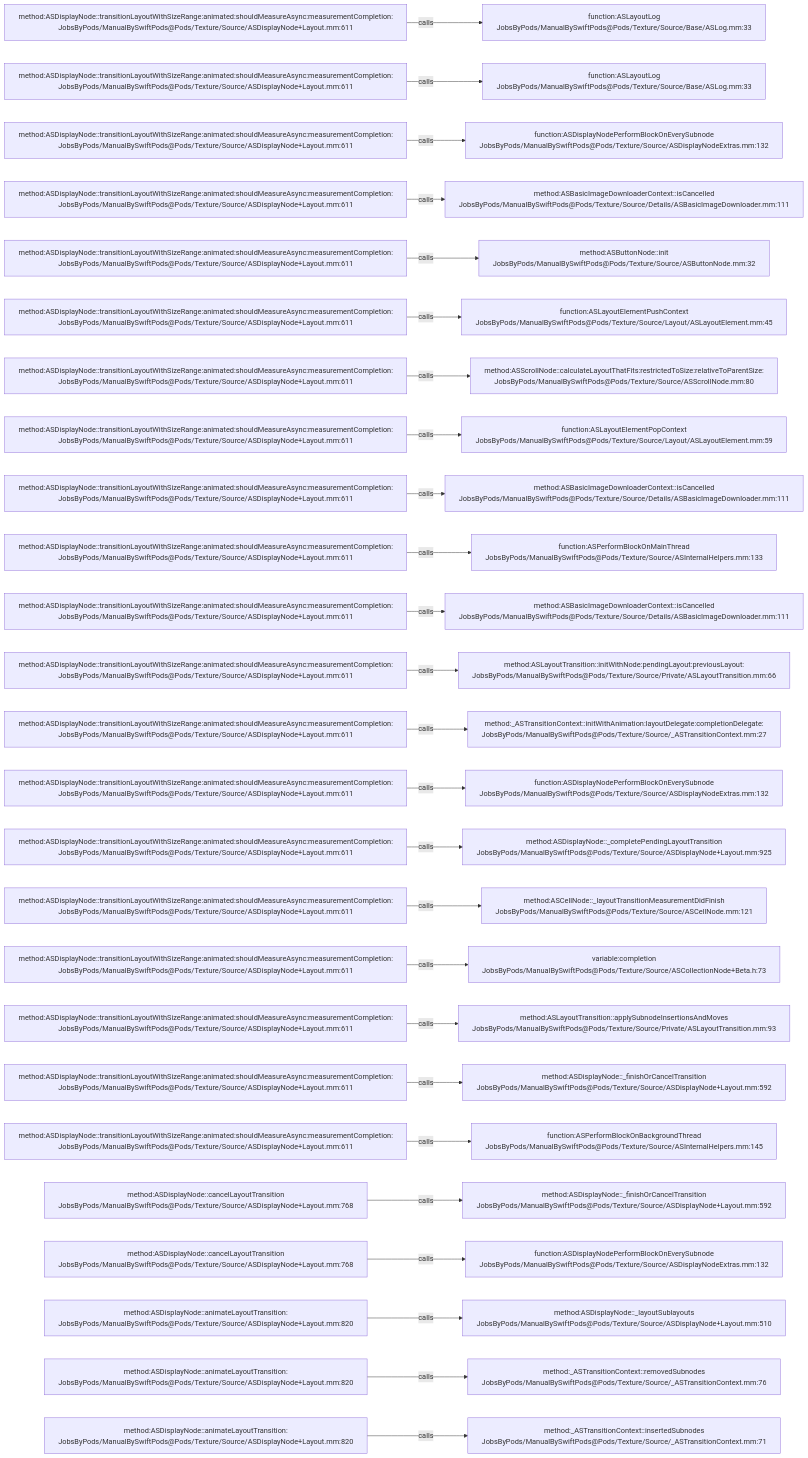
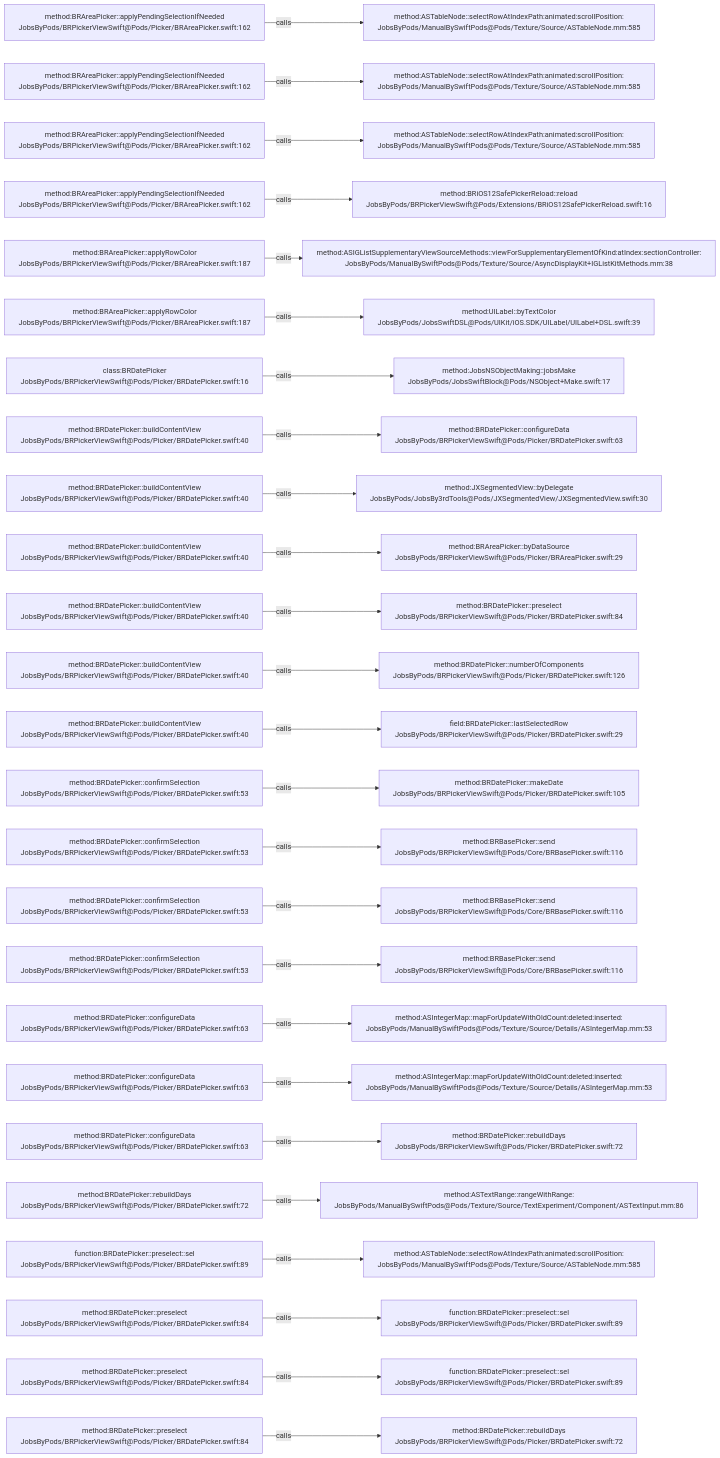
One commit to JobsKits/JobsSwiftBaseConfigDemo changed the diagram in .codegraph/codegraph.md/graphs/calls-023.md. Above: the diagram before and after it, drawn with Mermaid. The commit also changed 224 other files, not shown here.

````diff
--- a/.codegraph/codegraph.md/graphs/calls-023.md
+++ b/.codegraph/codegraph.md/graphs/calls-023.md
@@ -13,78 +13,78 @@
 ```mermaid
 flowchart LR
-  S1["method:ASDisplayNode::transitionLayoutWithSizeRange:animated:shouldMeasureAsync:measurementCompletion:<br/>JobsByPods/ManualBySwiftPods@Pods/Texture/Source/ASDisplayNode+Layout.mm:611"]
-  T1["function:ASLayoutLog<br/>JobsByPods/ManualBySwiftPods@Pods/Texture/Source/Base/ASLog.mm:33"]
+  S1["method:BRAreaPicker::applyPendingSelectionIfNeeded<br/>JobsByPods/BRPickerViewSwift@Pods/Picker/BRAreaPicker.swift:162"]
+  T1["method:ASTableNode::selectRowAtIndexPath:animated:scrollPosition:<br/>JobsByPods/ManualBySwiftPods@Pods/Texture/Source/ASTableNode.mm:585"]
   S1 -->|calls| T1
-  S2["method:ASDisplayNode::transitionLayoutWithSizeRange:animated:shouldMeasureAsync:measurementCompletion:<br/>JobsByPods/ManualBySwiftPods@Pods/Texture/Source/ASDisplayNode+Layout.mm:611"]
-  T2["function:ASLayoutLog<br/>JobsByPods/ManualBySwiftPods@Pods/Texture/Source/Base/ASLog.mm:33"]
+  S2["method:BRAreaPicker::applyPendingSelectionIfNeeded<br/>JobsByPods/BRPickerViewSwift@Pods/Picker/BRAreaPicker.swift:162"]
+  T2["method:ASTableNode::selectRowAtIndexPath:animated:scrollPosition:<br/>JobsByPods/ManualBySwiftPods@Pods/Texture/Source/ASTableNode.mm:585"]
   S2 -->|calls| T2
-  S3["method:ASDisplayNode::transitionLayoutWithSizeRange:animated:shouldMeasureAsync:measurementCompletion:<br/>JobsByPods/ManualBySwiftPods@Pods/Texture/Source/ASDisplayNode+Layout.mm:611"]
-  T3["function:ASDisplayNodePerformBlockOnEverySubnode<br/>JobsByPods/ManualBySwiftPods@Pods/Texture/Source/ASDisplayNodeExtras.mm:132"]
+  S3["method:BRAreaPicker::applyPendingSelectionIfNeeded<br/>JobsByPods/BRPickerViewSwift@Pods/Picker/BRAreaPicker.swift:162"]
+  T3["method:ASTableNode::selectRowAtIndexPath:animated:scrollPosition:<br/>JobsByPods/ManualBySwiftPods@Pods/Texture/Source/ASTableNode.mm:585"]
   S3 -->|calls| T3
-  S4["method:ASDisplayNode::transitionLayoutWithSizeRange:animated:shouldMeasureAsync:measurementCompletion:<br/>JobsByPods/ManualBySwiftPods@Pods/Texture/Source/ASDisplayNode+Layout.mm:611"]
-  T4["method:ASBasicImageDownloaderContext::isCancelled<br/>JobsByPods/ManualBySwiftPods@Pods/Texture/Source/Details/ASBasicImageDownloader.mm:111"]
+  S4["method:BRAreaPicker::applyPendingSelectionIfNeeded<br/>JobsByPods/BRPickerViewSwift@Pods/Picker/BRAreaPicker.swift:162"]
+  T4["method:BRiOS12SafePickerReload::reload<br/>JobsByPods/BRPickerViewSwift@Pods/Extensions/BRiOS12SafePickerReload.swift:16"]
   S4 -->|calls| T4
-  S5["method:ASDisplayNode::transitionLayoutWithSizeRange:animated:shouldMeasureAsync:measurementCompletion:<br/>JobsByPods/ManualBySwiftPods@Pods/Texture/Source/ASDisplayNode+Layout.mm:611"]
-  T5["method:ASButtonNode::init<br/>JobsByPods/ManualBySwiftPods@Pods/Texture/Source/ASButtonNode.mm:32"]
+  S5["method:BRAreaPicker::applyRowColor<br/>JobsByPods/BRPickerViewSwift@Pods/Picker/BRAreaPicker.swift:187"]
+  T5["method:ASIGListSupplementaryViewSourceMethods::viewForSupplementaryElementOfKind:atIndex:sectionController:<br/>JobsByPods/ManualBySwiftPods@Pods/Texture/Source/AsyncDisplayKit+IGListKitMethods.mm:38"]
   S5 -->|calls| T5
-  S6["method:ASDisplayNode::transitionLayoutWithSizeRange:animated:shouldMeasureAsync:measurementCompletion:<br/>JobsByPods/ManualBySwiftPods@Pods/Texture/Source/ASDisplayNode+Layout.mm:611"]
-  T6["function:ASLayoutElementPushContext<br/>JobsByPods/ManualBySwiftPods@Pods/Texture/Source/Layout/ASLayoutElement.mm:45"]
+  S6["method:BRAreaPicker::applyRowColor<br/>JobsByPods/BRPickerViewSwift@Pods/Picker/BRAreaPicker.swift:187"]
+  T6["method:UILabel::byTextColor<br/>JobsByPods/JobsSwiftDSL@Pods/UIKit/iOS.SDK/UILabel/UILabel+DSL.swift:39"]
   S6 -->|calls| T6
-  S7["method:ASDisplayNode::transitionLayoutWithSizeRange:animated:shouldMeasureAsync:measurementCompletion:<br/>JobsByPods/ManualBySwiftPods@Pods/Texture/Source/ASDisplayNode+Layout.mm:611"]
-  T7["method:ASScrollNode::calculateLayoutThatFits:restrictedToSize:relativeToParentSize:<br/>JobsByPods/ManualBySwiftPods@Pods/Texture/Source/ASScrollNode.mm:80"]
+  S7["class:BRDatePicker<br/>JobsByPods/BRPickerViewSwift@Pods/Picker/BRDatePicker.swift:16"]
+  T7["method:JobsNSObjectMaking::jobsMake<br/>JobsByPods/JobsSwiftBlock@Pods/NSObject+Make.swift:17"]
   S7 -->|calls| T7
-  S8["method:ASDisplayNode::transitionLayoutWithSizeRange:animated:shouldMeasureAsync:measurementCompletion:<br/>JobsByPods/ManualBySwiftPods@Pods/Texture/Source/ASDisplayNode+Layout.mm:611"]
-  T8["function:ASLayoutElementPopContext<br/>JobsByPods/ManualBySwiftPods@Pods/Texture/Source/Layout/ASLayoutElement.mm:59"]
+  S8["method:BRDatePicker::buildContentView<br/>JobsByPods/BRPickerViewSwift@Pods/Picker/BRDatePicker.swift:40"]
+  T8["method:BRDatePicker::configureData<br/>JobsByPods/BRPickerViewSwift@Pods/Picker/BRDatePicker.swift:63"]
   S8 -->|calls| T8
-  S9["method:ASDisplayNode::transitionLayoutWithSizeRange:animated:shouldMeasureAsync:measurementCompletion:<br/>JobsByPods/ManualBySwiftPods@Pods/Texture/Source/ASDisplayNode+Layout.mm:611"]
-  T9["method:ASBasicImageDownloaderContext::isCancelled<br/>JobsByPods/ManualBySwiftPods@Pods/Texture/Source/Details/ASBasicImageDownloader.mm:111"]
+  S9["method:BRDatePicker::buildContentView<br/>JobsByPods/BRPickerViewSwift@Pods/Picker/BRDatePicker.swift:40"]
+  T9["method:JXSegmentedView::byDelegate<br/>JobsByPods/JobsBy3rdTools@Pods/JXSegmentedView/JXSegmentedView.swift:30"]
   S9 -->|calls| T9
-  S10["method:ASDisplayNode::transitionLayoutWithSizeRange:animated:shouldMeasureAsync:measurementCompletion:<br/>JobsByPods/ManualBySwiftPods@Pods/Texture/Source/ASDisplayNode+Layout.mm:611"]
-  T10["function:ASPerformBlockOnMainThread<br/>JobsByPods/ManualBySwiftPods@Pods/Texture/Source/ASInternalHelpers.mm:133"]
+  S10["method:BRDatePicker::buildContentView<br/>JobsByPods/BRPickerViewSwift@Pods/Picker/BRDatePicker.swift:40"]
+  T10["method:BRAreaPicker::byDataSource<br/>JobsByPods/BRPickerViewSwift@Pods/Picker/BRAreaPicker.swift:29"]
   S10 -->|calls| T10
-  S11["method:ASDisplayNode::transitionLayoutWithSizeRange:animated:shouldMeasureAsync:measurementCompletion:<br/>JobsByPods/ManualBySwiftPods@Pods/Texture/Source/ASDisplayNode+Layout.mm:611"]
-  T11["method:ASBasicImageDownloaderContext::isCancelled<br/>JobsByPods/ManualBySwiftPods@Pods/Texture/Source/Details/ASBasicImageDownloader.mm:111"]
+  S11["method:BRDatePicker::buildContentView<br/>JobsByPods/BRPickerViewSwift@Pods/Picker/BRDatePicker.swift:40"]
+  T11["method:BRDatePicker::preselect<br/>JobsByPods/BRPickerViewSwift@Pods/Picker/BRDatePicker.swift:84"]
   S11 -->|calls| T11
-  S12["method:ASDisplayNode::transitionLayoutWithSizeRange:animated:shouldMeasureAsync:measurementCompletion:<br/>JobsByPods/ManualBySwiftPods@Pods/Texture/Source/ASDisplayNode+Layout.mm:611"]
-  T12["method:ASLayoutTransition::initWithNode:pendingLayout:previousLayout:<br/>JobsByPods/ManualBySwiftPods@Pods/Texture/Source/Private/ASLayoutTransition.mm:66"]
+  S12["method:BRDatePicker::buildContentView<br/>JobsByPods/BRPickerViewSwift@Pods/Picker/BRDatePicker.swift:40"]
+  T12["method:BRDatePicker::numberOfComponents<br/>JobsByPods/BRPickerViewSwift@Pods/Picker/BRDatePicker.swift:126"]
   S12 -->|calls| T12
-  S13["method:ASDisplayNode::transitionLayoutWithSizeRange:animated:shouldMeasureAsync:measurementCompletion:<br/>JobsByPods/ManualBySwiftPods@Pods/Texture/Source/ASDisplayNode+Layout.mm:611"]
-  T13["method:_ASTransitionContext::initWithAnimation:layoutDelegate:completionDelegate:<br/>JobsByPods/ManualBySwiftPods@Pods/Texture/Source/_ASTransitionContext.mm:27"]
+  S13["method:BRDatePicker::buildContentView<br/>JobsByPods/BRPickerViewSwift@Pods/Picker/BRDatePicker.swift:40"]
+  T13["field:BRDatePicker::lastSelectedRow<br/>JobsByPods/BRPickerViewSwift@Pods/Picker/BRDatePicker.swift:29"]
   S13 -->|calls| T13
-  S14["method:ASDisplayNode::transitionLayoutWithSizeRange:animated:shouldMeasureAsync:measurementCompletion:<br/>JobsByPods/ManualBySwiftPods@Pods/Texture/Source/ASDisplayNode+Layout.mm:611"]
-  T14["function:ASDisplayNodePerformBlockOnEverySubnode<br/>JobsByPods/ManualBySwiftPods@Pods/Texture/Source/ASDisplayNodeExtras.mm:132"]
+  S14["method:BRDatePicker::confirmSelection<br/>JobsByPods/BRPickerViewSwift@Pods/Picker/BRDatePicker.swift:53"]
+  T14["method:BRDatePicker::makeDate<br/>JobsByPods/BRPickerViewSwift@Pods/Picker/BRDatePicker.swift:105"]
   S14 -->|calls| T14
-  S15["method:ASDisplayNode::transitionLayoutWithSizeRange:animated:shouldMeasureAsync:measurementCompletion:<br/>JobsByPods/ManualBySwiftPods@Pods/Texture/Source/ASDisplayNode+Layout.mm:611"]
-  T15["method:ASDisplayNode::_completePendingLayoutTransition<br/>JobsByPods/ManualBySwiftPods@Pods/Texture/Source/ASDisplayNode+Layout.mm:925"]
+  S15["method:BRDatePicker::confirmSelection<br/>JobsByPods/BRPickerViewSwift@Pods/Picker/BRDatePicker.swift:53"]
+  T15["method:BRBasePicker::send<br/>JobsByPods/BRPickerViewSwift@Pods/Core/BRBasePicker.swift:116"]
   S15 -->|calls| T15
-  S16["method:ASDisplayNode::transitionLayoutWithSizeRange:animated:shouldMeasureAsync:measurementCompletion:<br/>JobsByPods/ManualBySwiftPods@Pods/Texture/Source/ASDisplayNode+Layout.mm:611"]
-  T16["method:ASCellNode::_layoutTransitionMeasurementDidFinish<br/>JobsByPods/ManualBySwiftPods@Pods/Texture/Source/ASCellNode.mm:121"]
+  S16["method:BRDatePicker::confirmSelection<br/>JobsByPods/BRPickerViewSwift@Pods/Picker/BRDatePicker.swift:53"]
+  T16["method:BRBasePicker::send<br/>JobsByPods/BRPickerViewSwift@Pods/Core/BRBasePicker.swift:116"]
   S16 -->|calls| T16
-  S17["method:ASDisplayNode::transitionLayoutWithSizeRange:animated:shouldMeasureAsync:measurementCompletion:<br/>JobsByPods/ManualBySwiftPods@Pods/Texture/Source/ASDisplayNode+Layout.mm:611"]
-  T17["variable:completion<br/>JobsByPods/ManualBySwiftPods@Pods/Texture/Source/ASCollectionNode+Beta.h:73"]
+  S17["method:BRDatePicker::confirmSelection<br/>JobsByPods/BRPickerViewSwift@Pods/Picker/BRDatePicker.swift:53"]
+  T17["method:BRBasePicker::send<br/>JobsByPods/BRPickerViewSwift@Pods/Core/BRBasePicker.swift:116"]
   S17 -->|calls| T17
-  S18["method:ASDisplayNode::transitionLayoutWithSizeRange:animated:shouldMeasureAsync:measurementCompletion:<br/>JobsByPods/ManualBySwiftPods@Pods/Texture/Source/ASDisplayNode+Layout.mm:611"]
-  T18["method:ASLayoutTransition::applySubnodeInsertionsAndMoves<br/>JobsByPods/ManualBySwiftPods@Pods/Texture/Source/Private/ASLayoutTransition.mm:93"]
+  S18["method:BRDatePicker::configureData<br/>JobsByPods/BRPickerViewSwift@Pods/Picker/BRDatePicker.swift:63"]
+  T18["method:ASIntegerMap::mapForUpdateWithOldCount:deleted:inserted:<br/>JobsByPods/ManualBySwiftPods@Pods/Texture/Source/Details/ASIntegerMap.mm:53"]
   S18 -->|calls| T18
-  S19["method:ASDisplayNode::transitionLayoutWithSizeRange:animated:shouldMeasureAsync:measurementCompletion:<br/>JobsByPods/ManualBySwiftPods@Pods/Texture/Source/ASDisplayNode+Layout.mm:611"]
-  T19["method:ASDisplayNode::_finishOrCancelTransition<br/>JobsByPods/ManualBySwiftPods@Pods/Texture/Source/ASDisplayNode+Layout.mm:592"]
+  S19["method:BRDatePicker::configureData<br/>JobsByPods/BRPickerViewSwift@Pods/Picker/BRDatePicker.swift:63"]
+  T19["method:ASIntegerMap::mapForUpdateWithOldCount:deleted:inserted:<br/>JobsByPods/ManualBySwiftPods@Pods/Texture/Source/Details/ASIntegerMap.mm:53"]
   S19 -->|calls| T19
-  S20["method:ASDisplayNode::transitionLayoutWithSizeRange:animated:shouldMeasureAsync:measurementCompletion:<br/>JobsByPods/ManualBySwiftPods@Pods/Texture/Source/ASDisplayNode+Layout.mm:611"]
-  T20["function:ASPerformBlockOnBackgroundThread<br/>JobsByPods/ManualBySwiftPods@Pods/Texture/Source/ASInternalHelpers.mm:145"]
+  S20["method:BRDatePicker::configureData<br/>JobsByPods/BRPickerViewSwift@Pods/Picker/BRDatePicker.swift:63"]
+  T20["method:BRDatePicker::rebuildDays<br/>JobsByPods/BRPickerViewSwift@Pods/Picker/BRDatePicker.swift:72"]
   S20 -->|calls| T20
-  S21["method:ASDisplayNode::cancelLayoutTransition<br/>JobsByPods/ManualBySwiftPods@Pods/Texture/Source/ASDisplayNode+Layout.mm:768"]
-  T21["method:ASDisplayNode::_finishOrCancelTransition<br/>JobsByPods/ManualBySwiftPods@Pods/Texture/Source/ASDisplayNode+Layout.mm:592"]
+  S21["method:BRDatePicker::rebuildDays<br/>JobsByPods/BRPickerViewSwift@Pods/Picker/BRDatePicker.swift:72"]
+  T21["method:ASTextRange::rangeWithRange:<br/>JobsByPods/ManualBySwiftPods@Pods/Texture/Source/TextExperiment/Component/ASTextInput.mm:86"]
   S21 -->|calls| T21
-  S22["method:ASDisplayNode::cancelLayoutTransition<br/>JobsByPods/ManualBySwiftPods@Pods/Texture/Source/ASDisplayNode+Layout.mm:768"]
-  T22["function:ASDisplayNodePerformBlockOnEverySubnode<br/>JobsByPods/ManualBySwiftPods@Pods/Texture/Source/ASDisplayNodeExtras.mm:132"]
+  S22["function:BRDatePicker::preselect::sel<br/>JobsByPods/BRPickerViewSwift@Pods/Picker/BRDatePicker.swift:89"]
+  T22["method:ASTableNode::selectRowAtIndexPath:animated:scrollPosition:<br/>JobsByPods/ManualBySwiftPods@Pods/Texture/Source/ASTableNode.mm:585"]
   S22 -->|calls| T22
-  S23["method:ASDisplayNode::animateLayoutTransition:<br/>JobsByPods/ManualBySwiftPods@Pods/Texture/Source/ASDisplayNode+Layout.mm:820"]
-  T23["method:ASDisplayNode::_layoutSublayouts<br/>JobsByPods/ManualBySwiftPods@Pods/Texture/Source/ASDisplayNode+Layout.mm:510"]
+  S23["method:BRDatePicker::preselect<br/>JobsByPods/BRPickerViewSwift@Pods/Picker/BRDatePicker.swift:84"]
+  T23["function:BRDatePicker::preselect::sel<br/>JobsByPods/BRPickerViewSwift@Pods/Picker/BRDatePicker.swift:89"]
   S23 -->|calls| T23
-  S24["method:ASDisplayNode::animateLayoutTransition:<br/>JobsByPods/ManualBySwiftPods@Pods/Texture/Source/ASDisplayNode+Layout.mm:820"]
-  T24["method:_ASTransitionContext::removedSubnodes<br/>JobsByPods/ManualBySwiftPods@Pods/Texture/Source/_ASTransitionContext.mm:76"]
+  S24["method:BRDatePicker::preselect<br/>JobsByPods/BRPickerViewSwift@Pods/Picker/BRDatePicker.swift:84"]
+  T24["function:BRDatePicker::preselect::sel<br/>JobsByPods/BRPickerViewSwift@Pods/Picker/BRDatePicker.swift:89"]
   S24 -->|calls| T24
-  S25["method:ASDisplayNode::animateLayoutTransition:<br/>JobsByPods/ManualBySwiftPods@Pods/Texture/Source/ASDisplayNode+Layout.mm:820"]
-  T25["method:_ASTransitionContext::insertedSubnodes<br/>JobsByPods/ManualBySwiftPods@Pods/Texture/Source/_ASTransitionContext.mm:71"]
+  S25["method:BRDatePicker::preselect<br/>JobsByPods/BRPickerViewSwift@Pods/Picker/BRDatePicker.swift:84"]
+  T25["method:BRDatePicker::rebuildDays<br/>JobsByPods/BRPickerViewSwift@Pods/Picker/BRDatePicker.swift:72"]
   S25 -->|calls| T25
 ```
````
